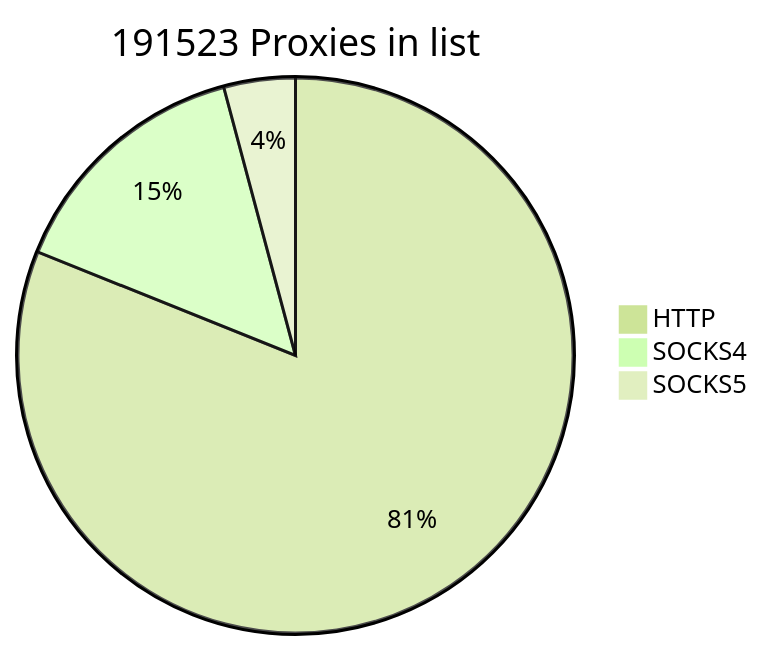
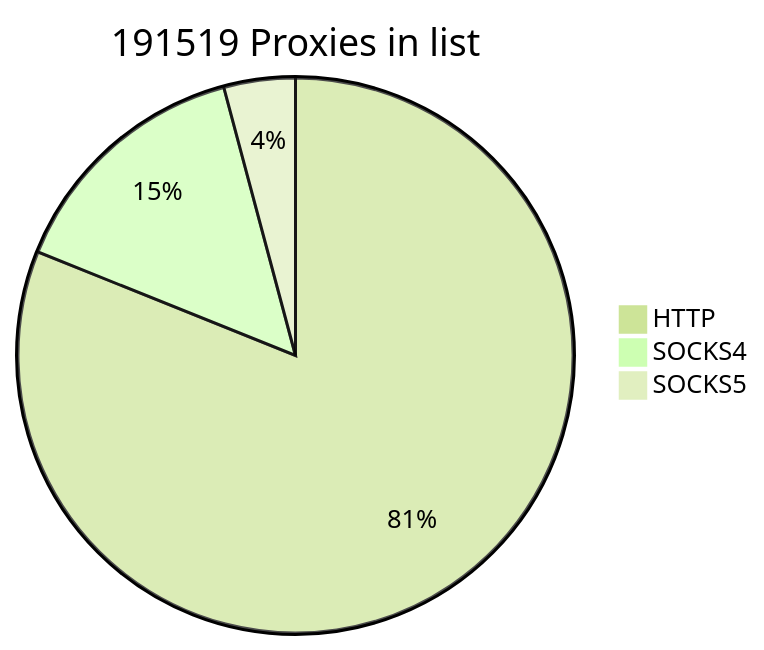
Before and after one commit to cutipu/proxylist: the first of 2 diagrams in README.md, drawn with Mermaid (forest theme). The commit also changed other lines of this file, not shown here.

````diff
--- a/README.md
+++ b/README.md
@@ -2,7 +2,7 @@
 ```mermaid
-pie title 191523 Proxies in list
-    "HTTP" : 155290
-    "SOCKS4" : 28266
-    "SOCKS5" : 7967
+pie title 191519 Proxies in list
+    "HTTP" : 155291
+    "SOCKS4" : 28262
+    "SOCKS5" : 7966
             
 ```
````
